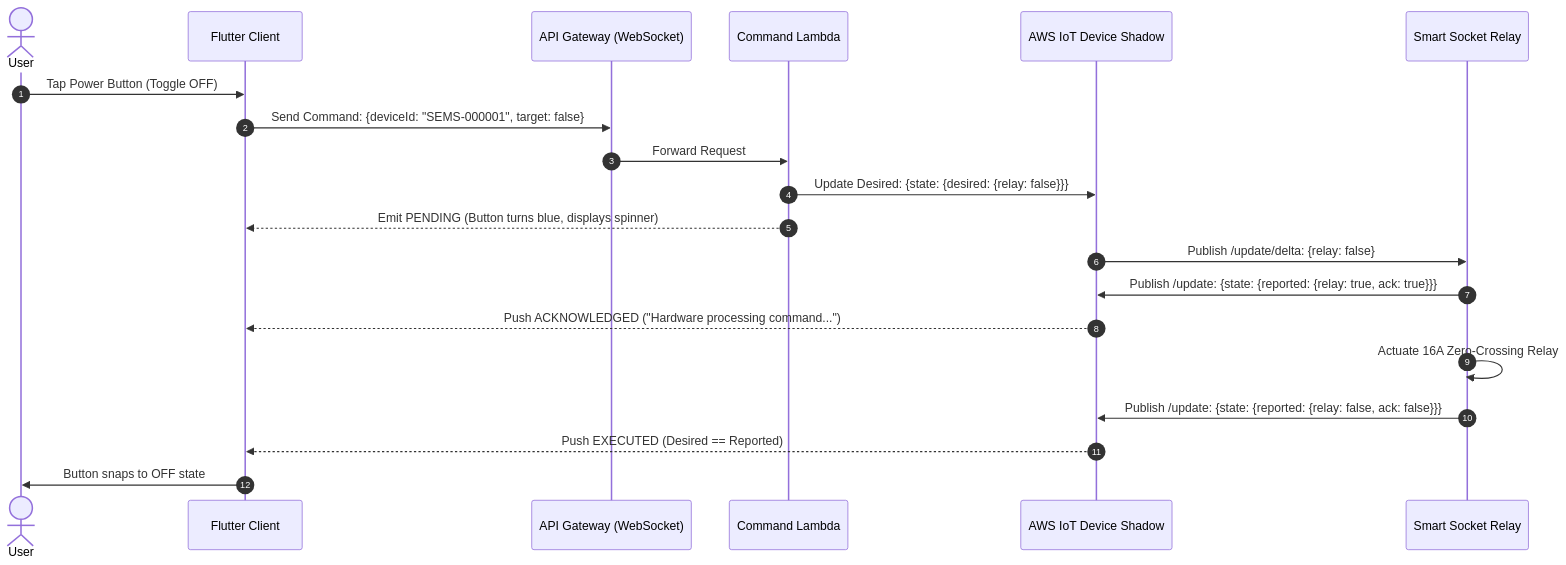
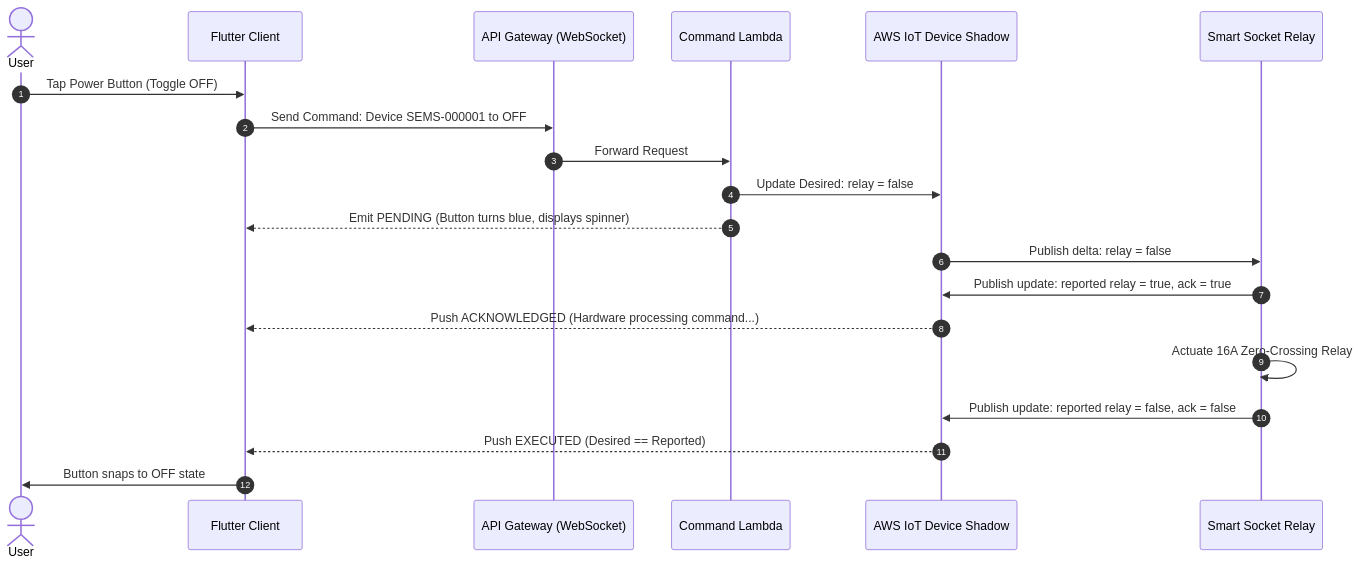
The fifth of 11 diagrams in README.md (VimalChaudhary07/SEMS), drawn with Mermaid before and after one commit. The commit also changed other lines of this file and 5 other files, not shown here.

````diff
--- a/README.md
+++ b/README.md
@@ -387,25 +390,25 @@
 ```mermaid
 sequenceDiagram
     autonumber
     actor User as User
     participant App as Flutter Client
     participant APIGW as API Gateway (WebSocket)
     participant Lambda as Command Lambda
     participant Shadow as AWS IoT Device Shadow
     participant Socket as Smart Socket Relay
 
     User->>App: Tap Power Button (Toggle OFF)
-    App->>APIGW: Send Command: {deviceId: "SEMS-000001", target: false}
+    App->>APIGW: Send Command: Device SEMS-000001 to OFF
     APIGW->>Lambda: Forward Request
-    Lambda->>Shadow: Update Desired: {state: {desired: {relay: false}}}
+    Lambda->>Shadow: Update Desired: relay = false
     Lambda-->>App: Emit PENDING (Button turns blue, displays spinner)
 
-    Shadow->>Socket: Publish /update/delta: {relay: false}
-    Socket->>Shadow: Publish /update: {state: {reported: {relay: true, ack: true}}}
-    Shadow-->>App: Push ACKNOWLEDGED ("Hardware processing command...")
+    Shadow->>Socket: Publish delta: relay = false
+    Socket->>Shadow: Publish update: reported relay = true, ack = true
+    Shadow-->>App: Push ACKNOWLEDGED (Hardware processing command...)
 
     Socket->>Socket: Actuate 16A Zero-Crossing Relay
-    Socket->>Shadow: Publish /update: {state: {reported: {relay: false, ack: false}}}
+    Socket->>Shadow: Publish update: reported relay = false, ack = false
     Shadow-->>App: Push EXECUTED (Desired == Reported)
     App->>User: Button snaps to OFF state
 ```
````
